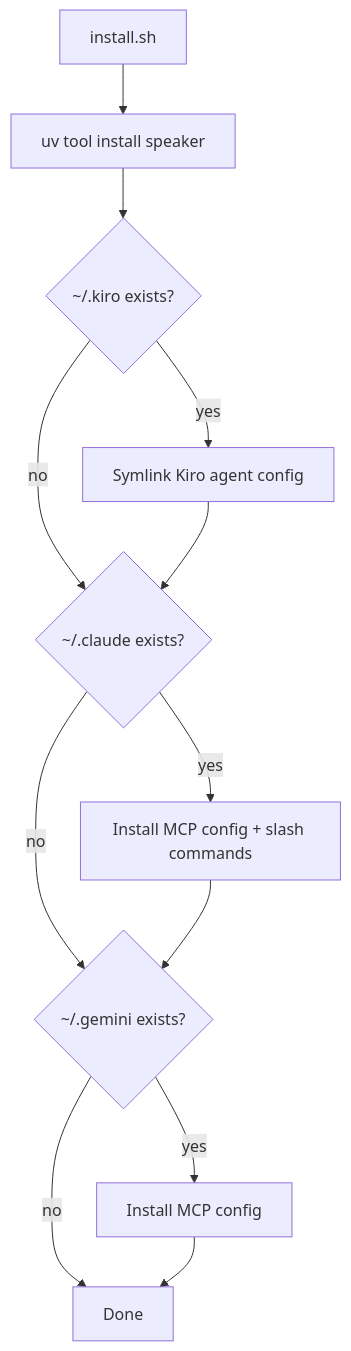
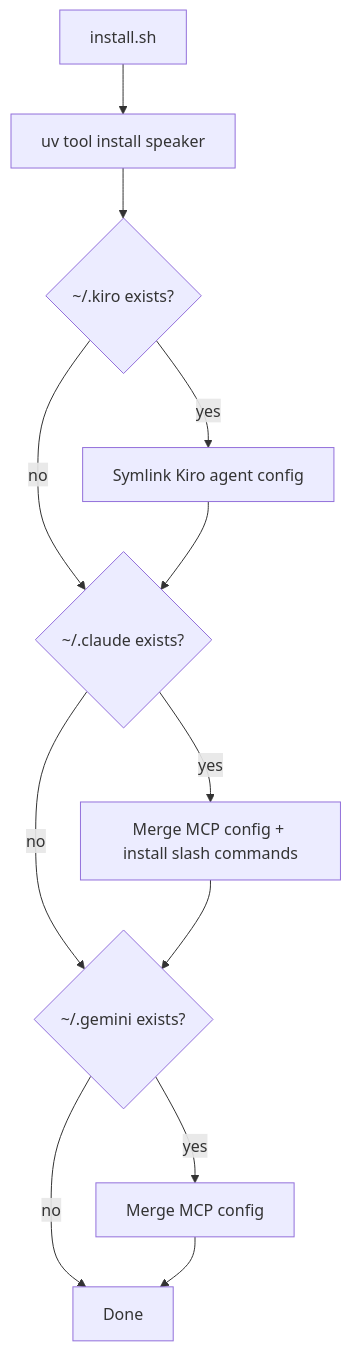
One commit to NetDevAutomate/Agent-Speaker changed the first of 2 diagrams in docs/agent-install.md. Above: the diagram before and after it, drawn with Mermaid. The commit also changed other lines of this file and 11 other files, not shown here.

First line of the commit message:
refactor: remove CLI, MCP-only architecture

````diff
--- a/docs/agent-install.md
+++ b/docs/agent-install.md
@@ -24,14 +23,14 @@
 ```mermaid
 flowchart TD
     A[install.sh] --> B[uv tool install speaker]
     B --> C{~/.kiro exists?}
     C -->|yes| D[Symlink Kiro agent config]
     C -->|no| E{~/.claude exists?}
     D --> E
-    E -->|yes| F[Install MCP config + slash commands]
+    E -->|yes| F[Merge MCP config + install slash commands]
     E -->|no| G{~/.gemini exists?}
     F --> G
-    G -->|yes| H[Install MCP config]
+    G -->|yes| H[Merge MCP config]
     G -->|no| I[Done]
     H --> I
 ```
````
